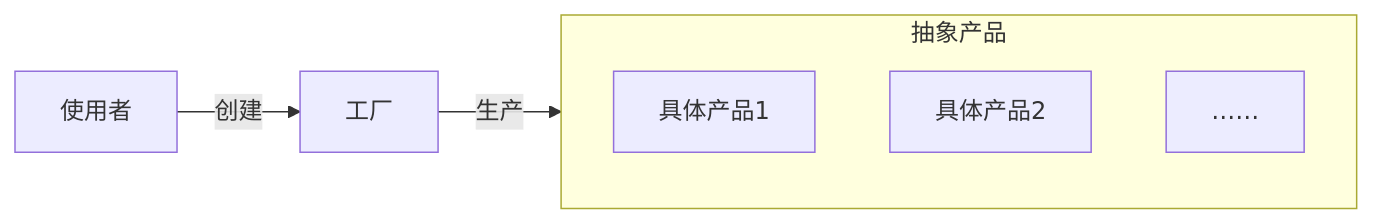
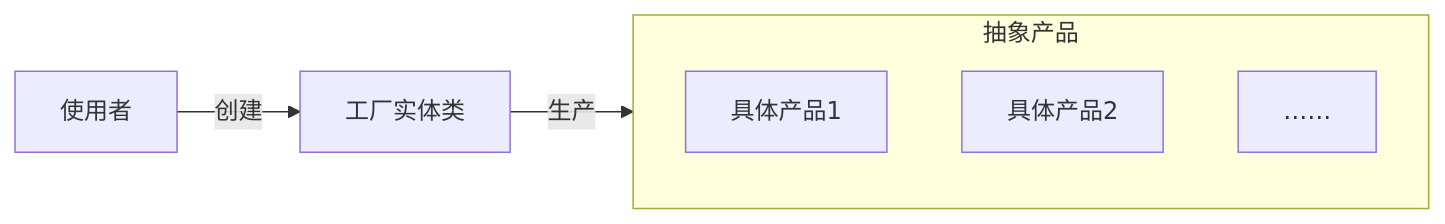
The first of 2 diagrams in 计算机/设计模式/创建型模式/未命名.md (poppop9/obsidian), drawn with Mermaid before and after one commit. The commit also changed other lines of this file and 2 other files, not shown here.

````diff
--- a/计算机/设计模式/创建型模式/未命名.md
+++ b/计算机/设计模式/创建型模式/未命名.md
@@ -11,11 +12,11 @@
 ```mermaid
 graph LR
 	subgraph 抽象产品
 	    b[具体产品1]
 	    c[具体产品2]
 	    d[……]
     end
 
 	e[使用者]--创建-->a
-	a[工厂]--生产-->抽象产品
+	a[工厂实体类]--生产-->抽象产品
 ```
````
